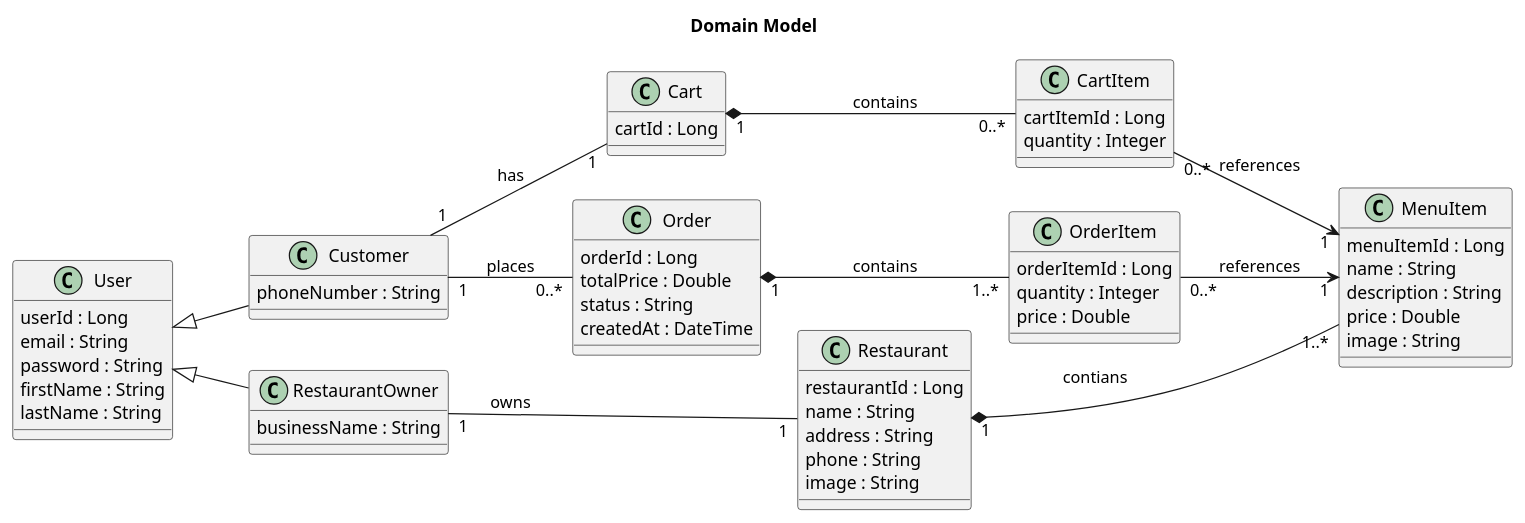
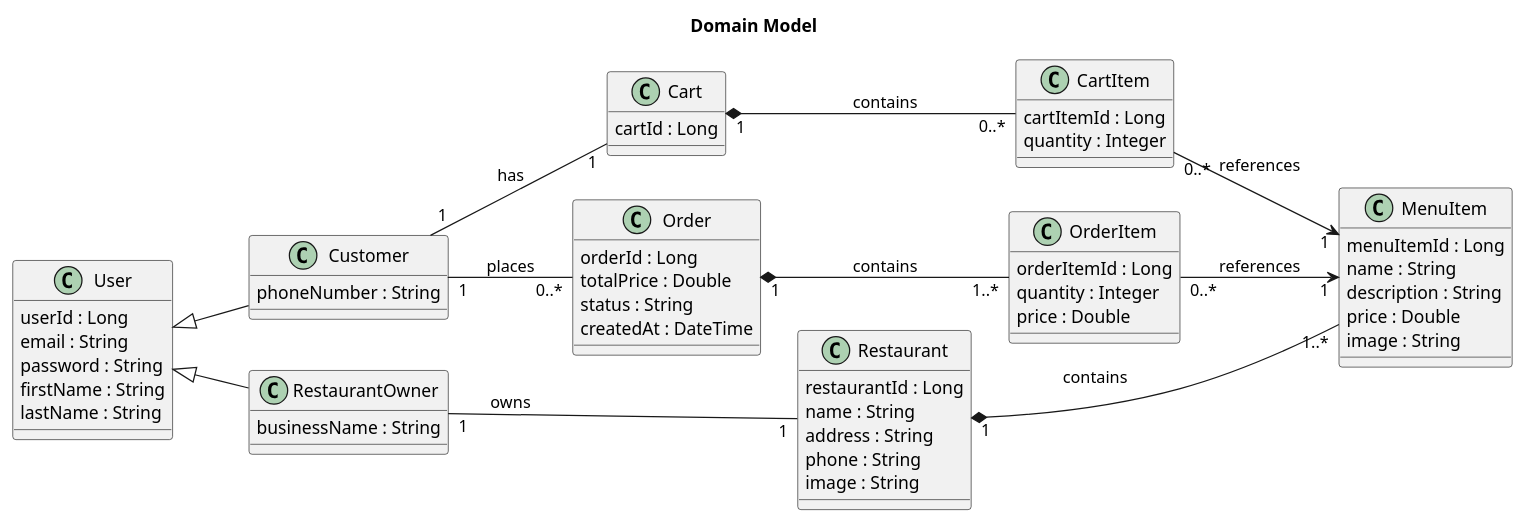
The diagram in Analysis/DomainModel/DomainModel.puml (nongxu/CSCI_6234_Spring_2026_G02), drawn with PlantUML before and after one commit.

Commit message:
Fix typo in DomainModel.puml from 'contians' to 'contains'

```diff
--- a/Analysis/DomainModel/DomainModel.puml
+++ b/Analysis/DomainModel/DomainModel.puml
@@ -1,80 +1,80 @@
 @startuml
 left to right direction
 
 title Domain Model
 
 ' User hierarchy
 class User{
     userId : Long
     email : String
     password : String
     firstName : String
     lastName : String
 }
 
 class Customer {
     phoneNumber : String
 }
 
 class RestaurantOwner {
     businessName : String
 }
 
 User <|-- Customer
 User <|-- RestaurantOwner
 
 ' Restaurant and Menu
 class Restaurant {
     restaurantId : Long
     name : String 
     address : String 
     phone : String 
     image : String 
 }
 
 class MenuItem {
     menuItemId : Long
     name : String
     description : String
     price : Double
     image : String 
 }
 
 RestaurantOwner "1" -- "1" Restaurant : owns
-Restaurant "1" *-- "1..*" MenuItem : contians
+Restaurant "1" *-- "1..*" MenuItem : contains
 
 ' Cart
 
 class Cart {
     cartId : Long
 }
 
 class CartItem {
     cartItemId : Long
     quantity : Integer 
 }
 
 Customer "1" -- "1" Cart : has
 Cart "1" *-- "0..*" CartItem : contains
 CartItem "0..*" --> "1" MenuItem : references
 
 ' Order
 
 class Order {
     orderId : Long
     totalPrice : Double
     status : String
     createdAt : DateTime 
 }
 
 class OrderItem {
     orderItemId : Long 
     quantity : Integer 
     price : Double 
 }
 
 Customer "1" -- "0..*" Order : places
 Order "1" *-- "1..*" OrderItem : contains
 OrderItem "0..*" --> "1" MenuItem : references
 
 @enduml
```
